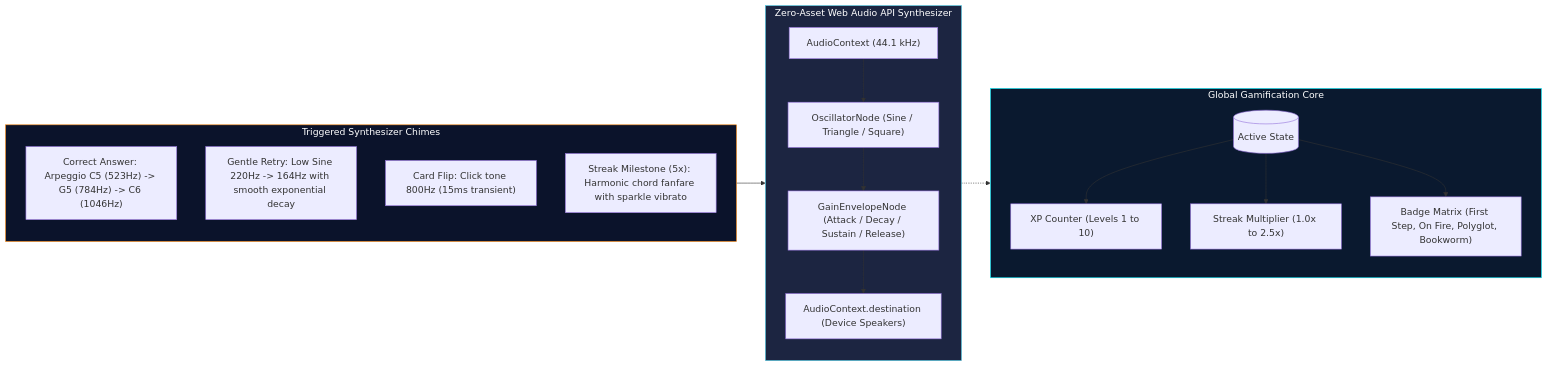
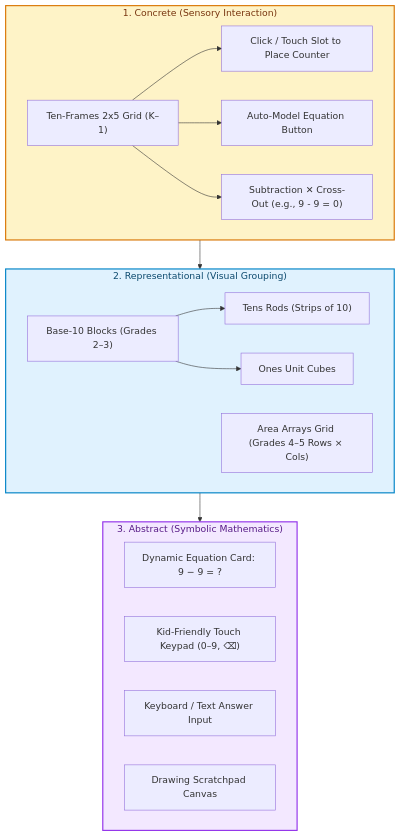
Before and after one commit to SKannaian/nerdy-arithmetic-ai: the fourth of 8 diagrams in ARCHITECTURE.md, drawn with Mermaid. The commit also changed other lines of this file, not shown here.

Commit message:
docs(arch): update ARCHITECTURE.md with comprehensive flow diagrams and system topology

````diff
--- a/ARCHITECTURE.md
+++ b/ARCHITECTURE.md
@@ -261,35 +172,36 @@
 ```mermaid
-graph LR
-    subgraph Synthesizer["Zero-Asset Web Audio API Synthesizer"]
-        Ctx["AudioContext (44.1 kHz)"]
-        Osc["OscillatorNode (Sine / Triangle / Square)"]
-        Gain["GainEnvelopeNode (Attack / Decay / Sustain / Release)"]
-        Dest["AudioContext.destination (Device Speakers)"]
-        
-        Ctx --> Osc --> Gain --> Dest
+graph TD
+    subgraph ConcreteTier["1. Concrete (Sensory Interaction)"]
+        TF["Ten-Frames 2x5 Grid (K–1)"]
+        TFClick["Click / Touch Slot to Place Counter"]
+        TFAuto["Auto-Model Equation Button"]
+        TFSub["Subtraction ✕ Cross-Out (e.g., 9 - 9 = 0)"]
     end
 
-    subgraph AudioEvents["Triggered Synthesizer Chimes"]
-        E1["Correct Answer: Arpeggio C5 (523Hz) -> G5 (784Hz) -> C6 (1046Hz)"]
-        E2["Gentle Retry: Low Sine 220Hz -> 164Hz with smooth exponential decay"]
-        E3["Card Flip: Click tone 800Hz (15ms transient)"]
-        E4["Streak Milestone (5x): Harmonic chord fanfare with sparkle vibrato"]
+    subgraph RepTier["2. Representational (Visual Grouping)"]
+        B10["Base-10 Blocks (Grades 2–3)"]
+        B10Tens["Tens Rods (Strips of 10)"]
+        B10Ones["Ones Unit Cubes"]
+        ArrayGrid["Area Arrays Grid (Grades 4–5 Rows × Cols)"]
     end
 
-    AudioEvents --> Synthesizer
-
-    subgraph GamificationEngine["Global Gamification Core"]
-        State[("Active State")]
-        XP["XP Counter (Levels 1 to 10)"]
-        Streak["Streak Multiplier (1.0x to 2.5x)"]
-        Badges["Badge Matrix (First Step, On Fire, Polyglot, Bookworm)"]
-        
-        State --> XP & Streak & Badges
+    subgraph AbstractTier["3. Abstract (Symbolic Mathematics)"]
+        EqCard["Dynamic Equation Card: 9 − 9 = ?"]
+        TouchPad["Kid-Friendly Touch Keypad (0–9, ⌫)"]
+        KeyInput["Keyboard / Text Answer Input"]
+        ScratchCanvas["Drawing Scratchpad Canvas"]
     end
 
-    Synthesizer -.-> GamificationEngine
+    TF --> TFClick & TFAuto & TFSub
+    B10 --> B10Tens & B10Ones
+    
+    ConcreteTier --> RepTier
+    RepTier --> AbstractTier
 
-    style Synthesizer fill:#1C2541,stroke:#48CAE4,color:#fff
-    style AudioEvents fill:#0B132B,stroke:#F77F00,color:#fff
-    style GamificationEngine fill:#0A192F,stroke:#00F0FF,color:#fff
+    classDef concrete fill:#fef3c7,stroke:#d97706,stroke-width:2px,color:#78350f;
+    classDef rep fill:#e0f2fe,stroke:#0284c7,stroke-width:2px,color:#0c4a6e;
+    classDef abstract fill:#f3e8ff,stroke:#9333ea,stroke-width:2px,color:#581c87;
+    class ConcreteTier concrete;
+    class RepTier rep;
+    class AbstractTier abstract;
 ```
````
